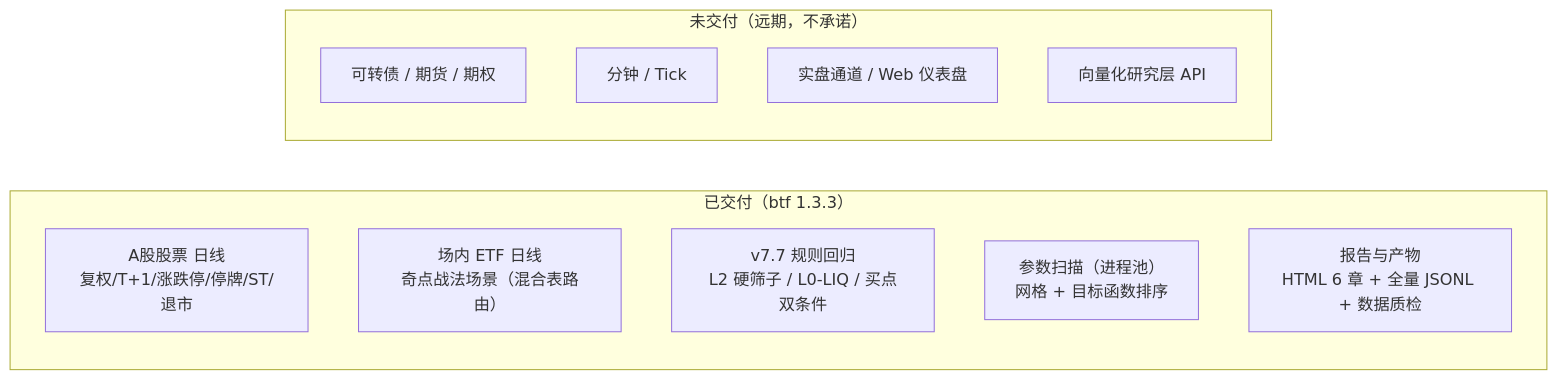
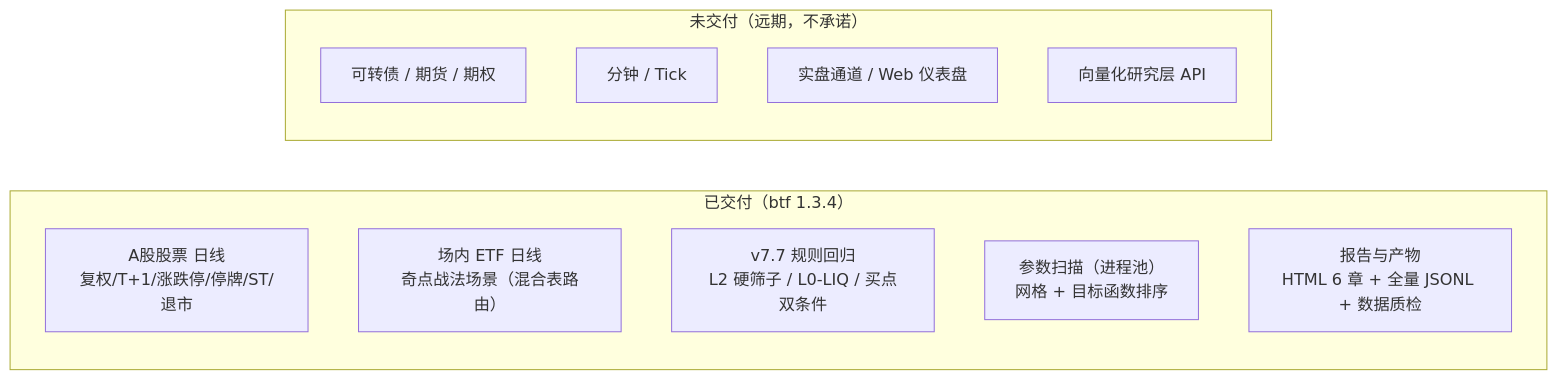
One commit to 1716250001/quant-strategy-infrastructure changed the diagram in 代码架构/回测工具架构/01-总览与定位.md. Above: the diagram before and after it, drawn with Mermaid. The commit also changed other lines of this file and 34 other files, not shown here.

````diff
--- a/代码架构/回测工具架构/01-总览与定位.md
+++ b/代码架构/回测工具架构/01-总览与定位.md
@@ -125,16 +125,16 @@
 ```mermaid
 flowchart LR
-    subgraph 已交付["已交付（btf 1.3.3）"]
+    subgraph 已交付["已交付（btf 1.3.4）"]
         A1["A股股票 日线<br/>复权/T+1/涨跌停/停牌/ST/退市"]
         A2["场内 ETF 日线<br/>奇点战法场景（混合表路由）"]
         A3["v7.7 规则回归<br/>L2 硬筛子 / L0-LIQ / 买点双条件"]
         A4["参数扫描（进程池）<br/>网格 + 目标函数排序"]
         A5["报告与产物<br/>HTML 6 章 + 全量 JSONL + 数据质检"]
     end
     subgraph 未交付["未交付（远期，不承诺）"]
         B1["可转债 / 期货 / 期权"]
         B2["分钟 / Tick"]
         B3["实盘通道 / Web 仪表盘"]
         B4["向量化研究层 API"]
     end
 ```
````
